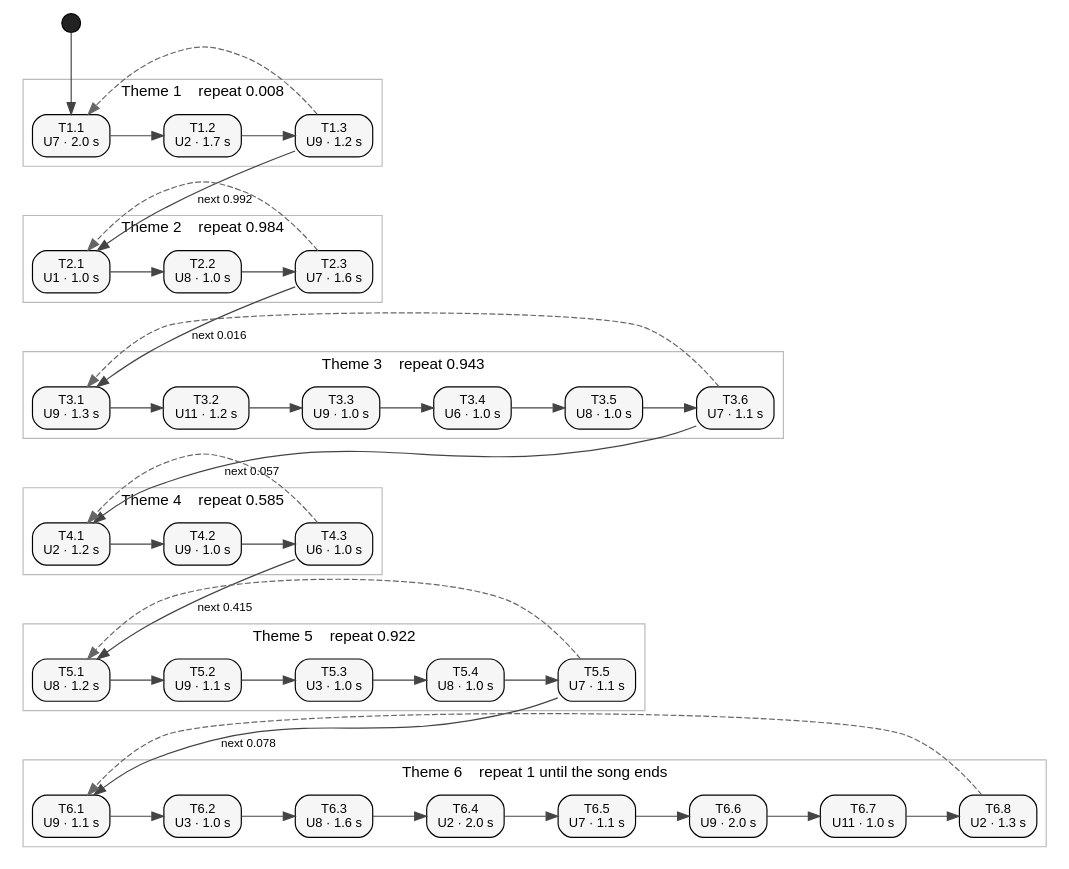
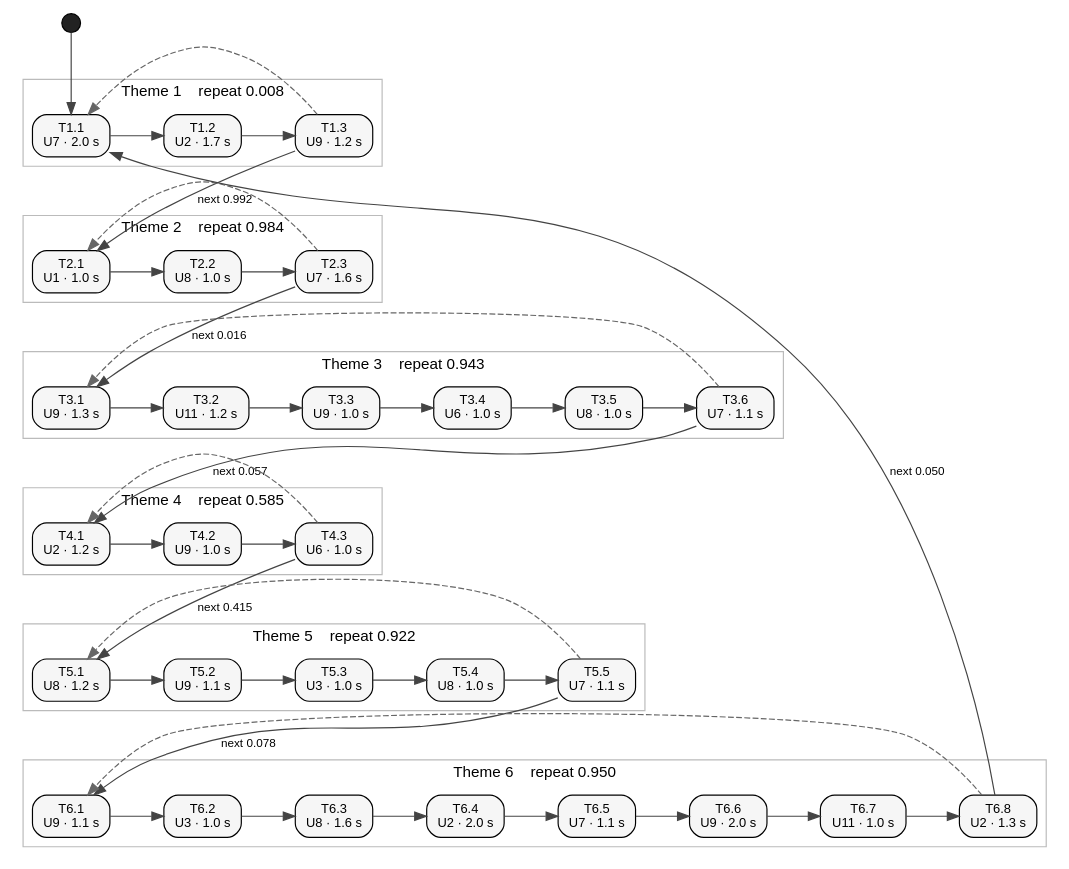
Before and after one commit to dotng14/panMP_whales: the diagram in analysis/HMM/song_soft_hmm_t6.dot, drawn with Graphviz. The commit also changed 15 other files, not shown here.

```diff
--- a/analysis/HMM/song_soft_hmm_t6.dot
+++ b/analysis/HMM/song_soft_hmm_t6.dot
@@ -1,109 +1,110 @@
 // Six-theme soft HMM for LeiData 193500.
 // A node is a phrase slot. Advance edges are taken when the slot ends.
 // Repeat and next are the fitted branch at the last slot of each theme.
 // Each slot stands for five duration states (1–5 s) that share one emission.
 digraph hmm {
   rankdir=TB;
   splines=true;
   nodesep=0.32;
   ranksep=0.85;
   fontname="Helvetica";
   node [shape=box, style="rounded,filled", fillcolor="#f6f6f6",
         fontname="Helvetica", fontsize=11, margin="0.08,0.06"];
   edge [fontname="Helvetica", fontsize=10, color="#444444"];
 
   start [shape=circle, label="", width=0.22, height=0.22,
          style=filled, fillcolor="#222222"];
 
   subgraph cluster_t1 {
     label="Theme 1    repeat 0.008";
     fontsize=13;
     fontname="Helvetica";
     color="#bbbbbb";
     { rank=same; T1_1 -> T1_2 -> T1_3 [color="#444444"]; }
   }
   subgraph cluster_t2 {
     label="Theme 2    repeat 0.984";
     fontsize=13;
     fontname="Helvetica";
     color="#bbbbbb";
     { rank=same; T2_1 -> T2_2 -> T2_3 [color="#444444"]; }
   }
   subgraph cluster_t3 {
     label="Theme 3    repeat 0.943";
     fontsize=13;
     fontname="Helvetica";
     color="#bbbbbb";
     { rank=same; T3_1 -> T3_2 -> T3_3 -> T3_4 -> T3_5 -> T3_6 [color="#444444"]; }
   }
   subgraph cluster_t4 {
     label="Theme 4    repeat 0.585";
     fontsize=13;
     fontname="Helvetica";
     color="#bbbbbb";
     { rank=same; T4_1 -> T4_2 -> T4_3 [color="#444444"]; }
   }
   subgraph cluster_t5 {
     label="Theme 5    repeat 0.922";
     fontsize=13;
     fontname="Helvetica";
     color="#bbbbbb";
     { rank=same; T5_1 -> T5_2 -> T5_3 -> T5_4 -> T5_5 [color="#444444"]; }
   }
   subgraph cluster_t6 {
-    label="Theme 6    repeat 1 until the song ends";
+    label="Theme 6    repeat 0.950";
     fontsize=13;
     fontname="Helvetica";
     color="#bbbbbb";
     { rank=same; T6_1 -> T6_2 -> T6_3 -> T6_4 -> T6_5 -> T6_6 -> T6_7 -> T6_8 [color="#444444"]; }
   }
 
   T1_1 [label="T1.1\nU7 · 2.0 s"];
   T1_2 [label="T1.2\nU2 · 1.7 s"];
   T1_3 [label="T1.3\nU9 · 1.2 s"];
   T2_1 [label="T2.1\nU1 · 1.0 s"];
   T2_2 [label="T2.2\nU8 · 1.0 s"];
   T2_3 [label="T2.3\nU7 · 1.6 s"];
   T3_1 [label="T3.1\nU9 · 1.3 s"];
   T3_2 [label="T3.2\nU11 · 1.2 s"];
   T3_3 [label="T3.3\nU9 · 1.0 s"];
   T3_4 [label="T3.4\nU6 · 1.0 s"];
   T3_5 [label="T3.5\nU8 · 1.0 s"];
   T3_6 [label="T3.6\nU7 · 1.1 s"];
   T4_1 [label="T4.1\nU2 · 1.2 s"];
   T4_2 [label="T4.2\nU9 · 1.0 s"];
   T4_3 [label="T4.3\nU6 · 1.0 s"];
   T5_1 [label="T5.1\nU8 · 1.2 s"];
   T5_2 [label="T5.2\nU9 · 1.1 s"];
   T5_3 [label="T5.3\nU3 · 1.0 s"];
   T5_4 [label="T5.4\nU8 · 1.0 s"];
   T5_5 [label="T5.5\nU7 · 1.1 s"];
   T6_1 [label="T6.1\nU9 · 1.1 s"];
   T6_2 [label="T6.2\nU3 · 1.0 s"];
   T6_3 [label="T6.3\nU8 · 1.6 s"];
   T6_4 [label="T6.4\nU2 · 2.0 s"];
   T6_5 [label="T6.5\nU7 · 1.1 s"];
   T6_6 [label="T6.6\nU9 · 2.0 s"];
   T6_7 [label="T6.7\nU11 · 1.0 s"];
   T6_8 [label="T6.8\nU2 · 1.3 s"];
 
   start -> T1_1;
   /* Stack themes. The visible next-theme edges do not set rank. */
   T1_1 -> T2_1 [style=invis, weight=10];
   T2_1 -> T3_1 [style=invis, weight=10];
   T3_1 -> T4_1 [style=invis, weight=10];
   T4_1 -> T5_1 [style=invis, weight=10];
   T5_1 -> T6_1 [style=invis, weight=10];
 
   T1_3 -> T1_1 [style=dashed, constraint=false, color="#666666"];
   T1_3 -> T2_1 [label="next 0.992", constraint=false];
   T2_3 -> T2_1 [style=dashed, constraint=false, color="#666666"];
   T2_3 -> T3_1 [label="next 0.016", constraint=false];
   T3_6 -> T3_1 [style=dashed, constraint=false, color="#666666"];
   T3_6 -> T4_1 [label="next 0.057", constraint=false];
   T4_3 -> T4_1 [style=dashed, constraint=false, color="#666666"];
   T4_3 -> T5_1 [label="next 0.415", constraint=false];
   T5_5 -> T5_1 [style=dashed, constraint=false, color="#666666"];
   T5_5 -> T6_1 [label="next 0.078", constraint=false];
   T6_8 -> T6_1 [style=dashed, constraint=false, color="#666666"];
+  T6_8 -> T1_1 [label="next 0.050", constraint=false];
 }
```
